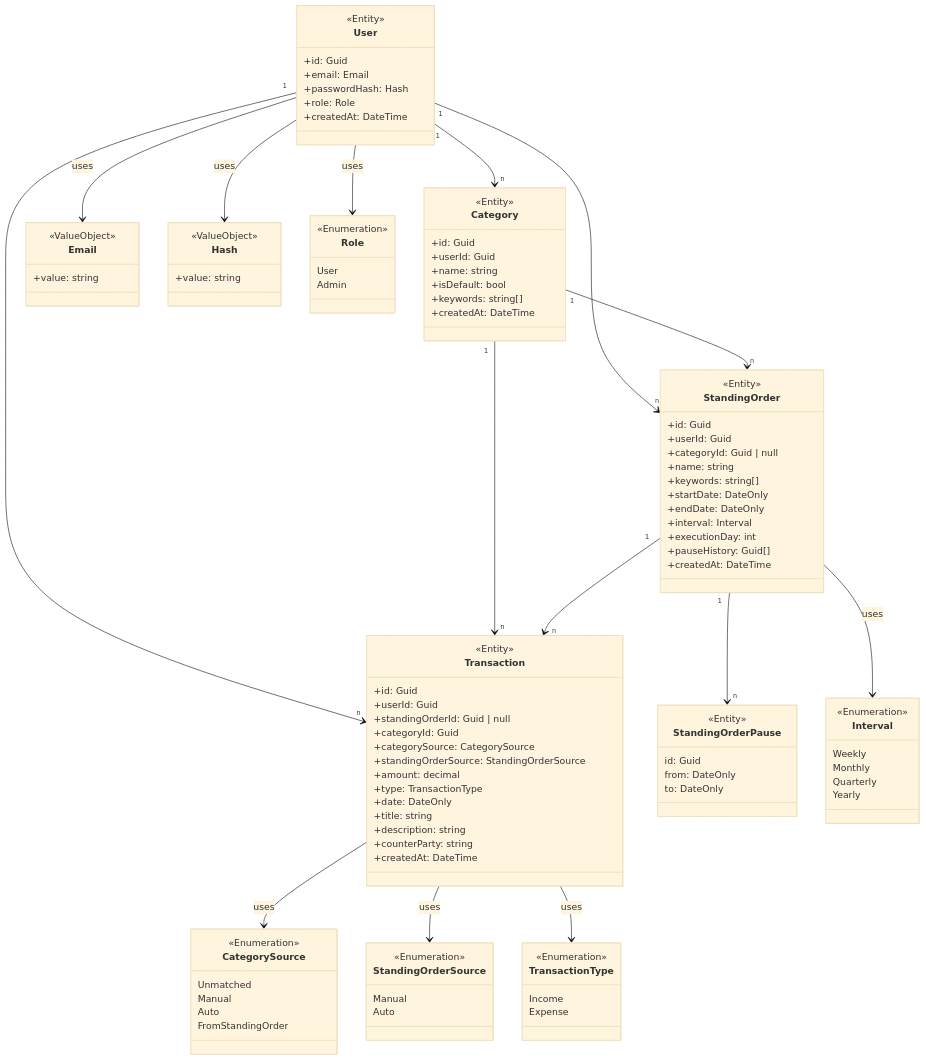
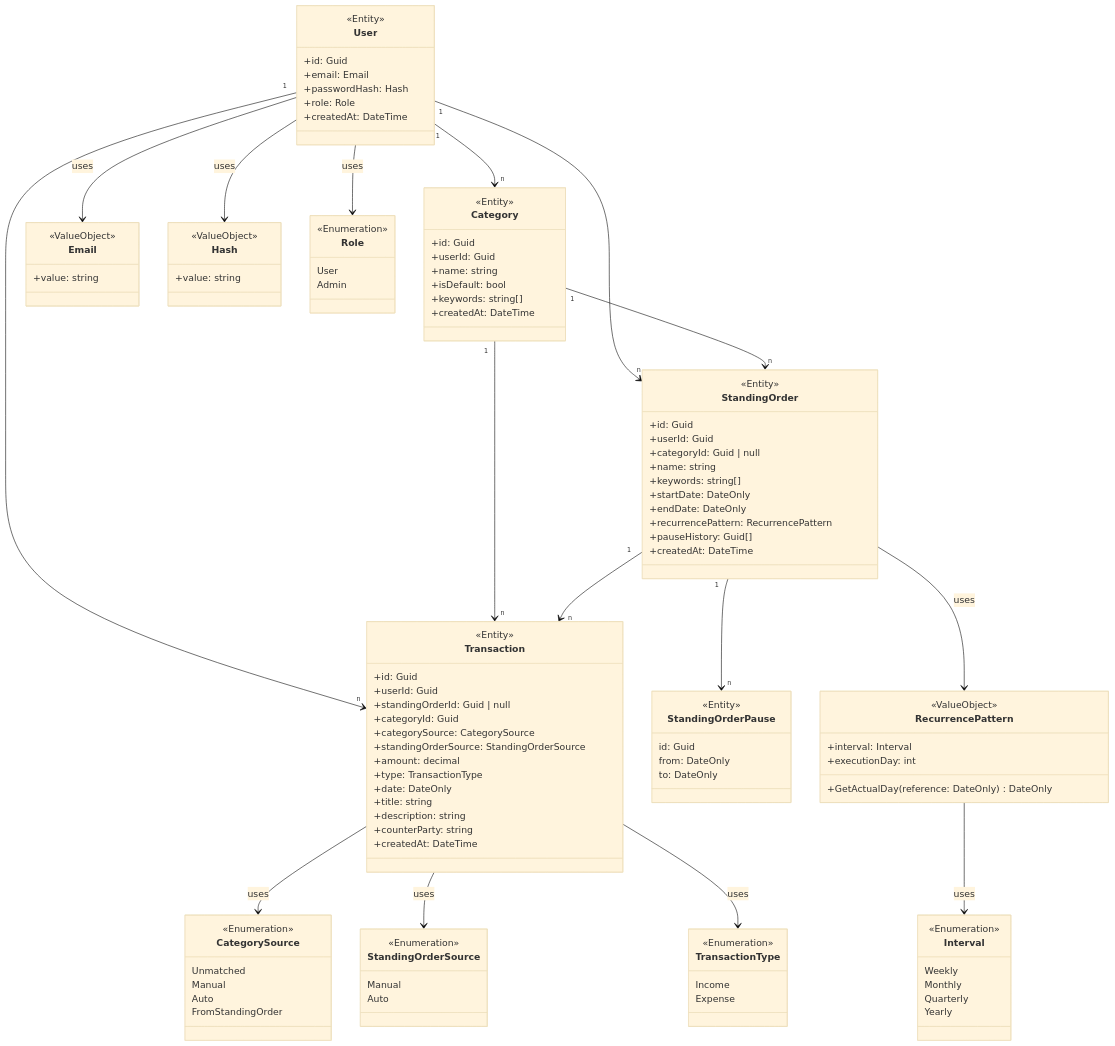
The diagram in docs/backend/Layers/Domain.md (MoritzLue24/Broke-Manager), drawn with Mermaid (base theme) before and after one commit. The commit also changed other lines of this file, not shown here.

Commit message:
Revise Domain.md for RecurrencePattern
Updated the Domain documentation to reflect changes in the RecurrencePattern structure

```diff
--- a/docs/backend/Layers/Domain.md
+++ b/docs/backend/Layers/Domain.md
@@ -108,8 +109,7 @@
 	    +keywords: string[]
 	    +startDate: DateOnly
 	    +endDate: DateOnly
-	    +interval: Interval
-	    +executionDay: int
+	    +recurrencePattern: RecurrencePattern
 	    +pauseHistory: Guid[]
 	    +createdAt: DateTime
     }
@@ -131,6 +131,14 @@
         <<ValueObject>>
         +value: string
     }
+
+	class RecurrencePattern {
+		<<ValueObject>>
+		+interval: Interval
+		+executionDay: int
+
+		+GetActualDay(reference: DateOnly) DateOnly
+	}
 
 
     class Role {
@@ -181,7 +189,8 @@
     StandingOrder "1" --> "n" Transaction
     
     
-    StandingOrder --> Interval : uses
+    StandingOrder --> RecurrencePattern : uses
+	RecurrencePattern --> Interval : uses
     StandingOrder "1" --> "n" StandingOrderPause
     
     Transaction --> CategorySource : uses
```
